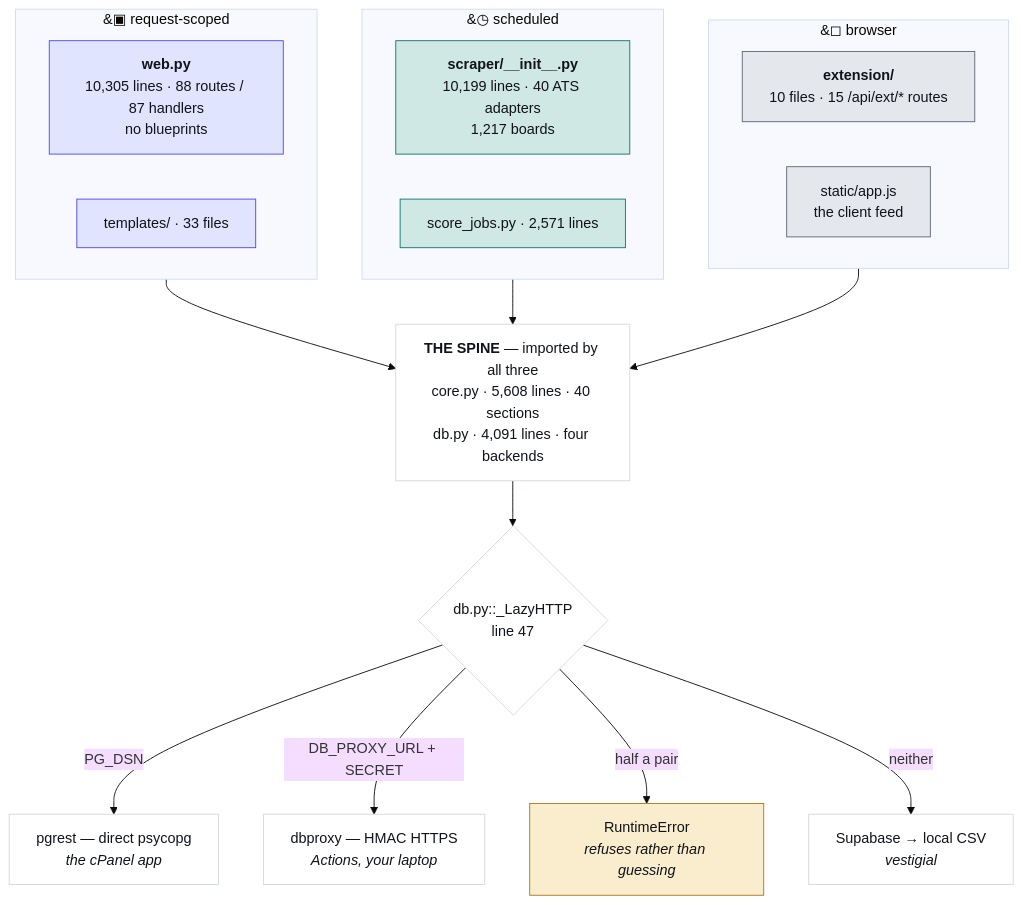
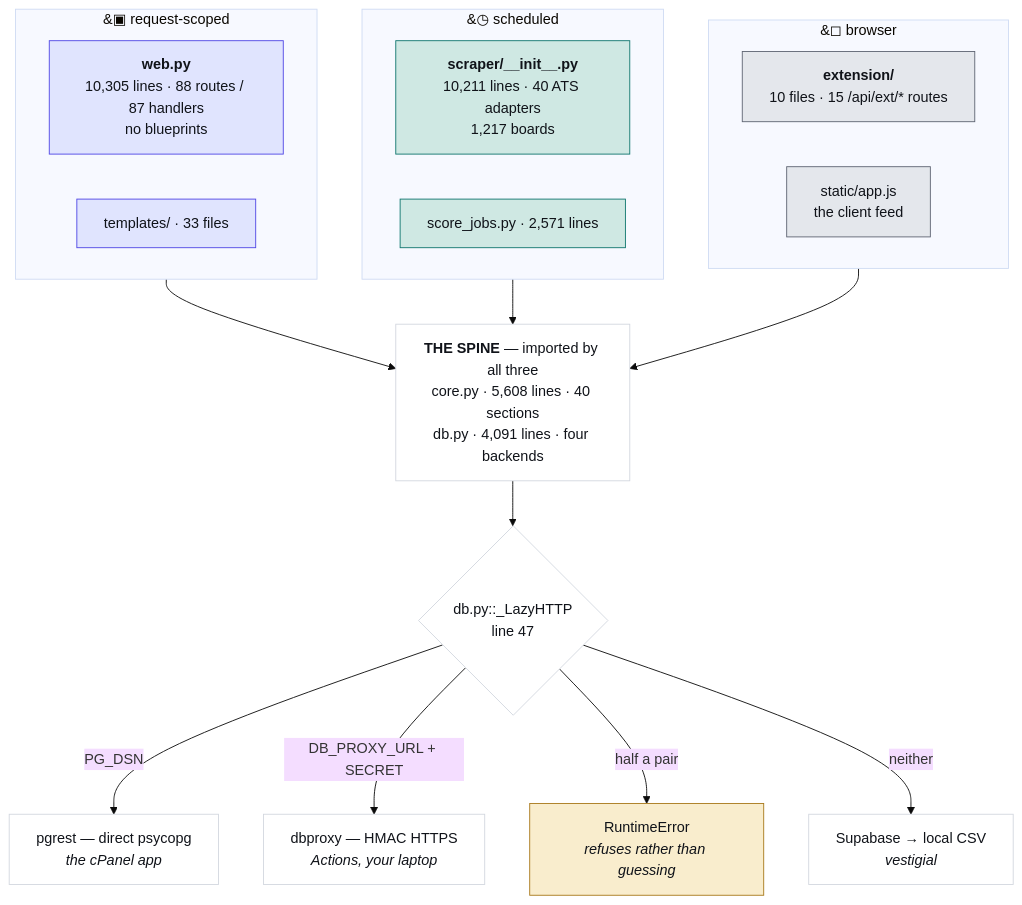
Before and after one commit to hadakunal909-debug/job-search-tool: the first of 4 diagrams in JobMatch Scraper/docs/ARCHITECTURE.md, drawn with Mermaid (base theme). The commit also changed other lines of this file and 8 other files, not shown here.

````diff
--- a/JobMatch Scraper/docs/ARCHITECTURE.md
+++ b/JobMatch Scraper/docs/ARCHITECTURE.md
@@ -45,34 +45,34 @@
 ```mermaid
 flowchart TB
   subgraph REQ["&#9635; request-scoped"]
     W["<b>web.py</b><br/>10,305 lines · 88 routes / 87 handlers<br/>no blueprints"]
     T["templates/ · 33 files"]
   end
   subgraph SCH["&#9719; scheduled"]
-    S["<b>scraper/__init__.py</b><br/>10,199 lines · 40 ATS adapters<br/>1,217 boards"]
+    S["<b>scraper/__init__.py</b><br/>10,211 lines · 40 ATS adapters<br/>1,217 boards"]
     J["score_jobs.py · 2,571 lines"]
   end
   subgraph CLI["&#9723; browser"]
     E["<b>extension/</b><br/>10 files · 15 /api/ext/* routes"]
     A["static/app.js<br/>the client feed"]
   end
   SPINE["<b>THE SPINE</b> — imported by all three<br/>core.py · 5,608 lines · 40 sections<br/>db.py · 4,091 lines · four backends"]
   REQ --> SPINE
   SCH --> SPINE
   CLI --> SPINE
   SPINE --> D{"db.py::_LazyHTTP<br/>line 47"}
   D -->|"PG_DSN"| P["pgrest — direct psycopg<br/><i>the cPanel app</i>"]
   D -->|"DB_PROXY_URL + SECRET"| X["dbproxy — HMAC HTTPS<br/><i>Actions, your laptop</i>"]
   D -->|"half a pair"| R["RuntimeError<br/><i>refuses rather than guessing</i>"]
   D -->|"neither"| V["Supabase → local CSV<br/><i>vestigial</i>"]
   classDef web fill:#e0e4fe,stroke:#4f46e5,color:#101319
   classDef sched fill:#cfe8e3,stroke:#0f766e,color:#101319
   classDef client fill:#e4e7ec,stroke:#5f6573,color:#101319
   classDef trap fill:#f9edcd,stroke:#a8781a,color:#101319
   classDef plain fill:#ffffff,stroke:#d3d7df,color:#101319
   class W,T web
   class S,J sched
   class E,A client
   class R trap
   class SPINE,D,P,X,V plain
 ```
````
